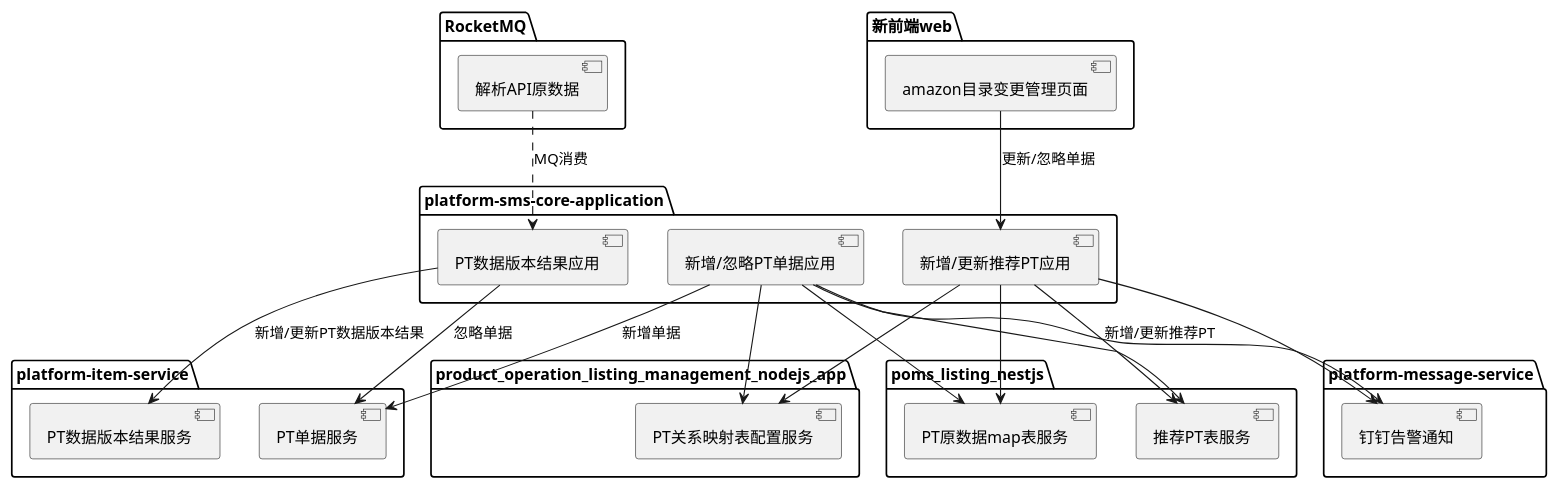
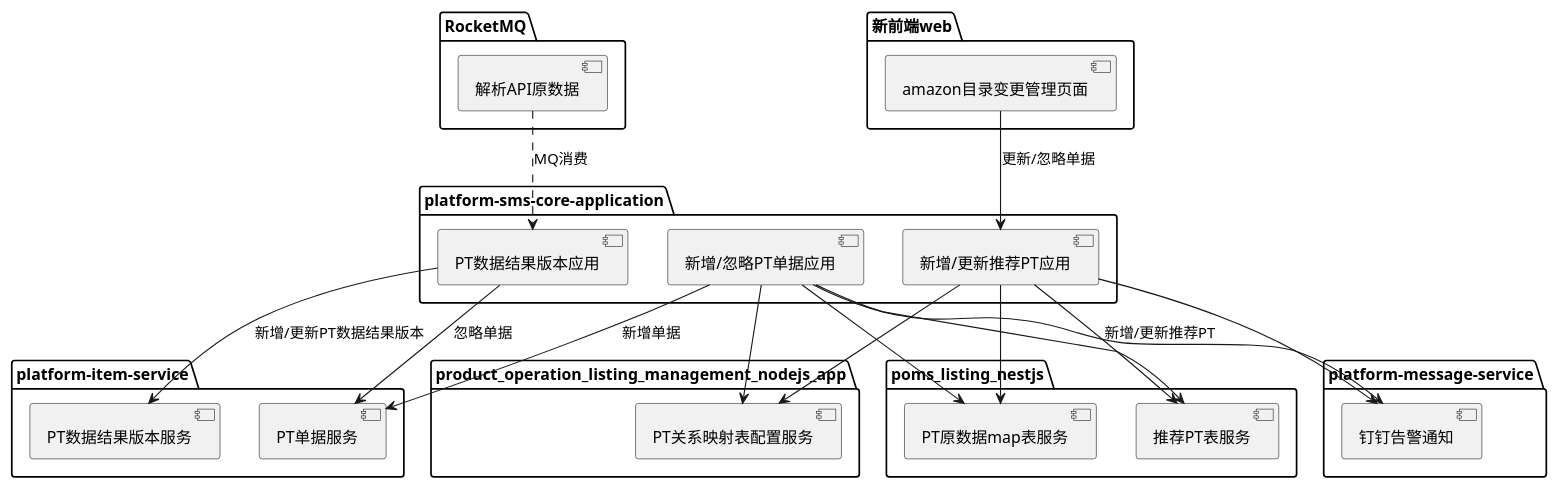
One commit to shallowdream1997/ShallowDream-LeetCode-PHP changed the diagram in uml/PT应用架构.puml. Above: the diagram before and after it, drawn with PlantUML. The commit also changed 3 other files, not shown here.

Commit message:
[+] PT uml图

```diff
--- a/uml/PT应用架构.puml
+++ b/uml/PT应用架构.puml
@@ -1,62 +1,62 @@
 @startuml
 
 
 package "RocketMQ"{
 	[解析API原数据]
 }
 
 package "platform-sms-core-application"{
-	[PT数据版本结果应用]
+	[PT数据结果版本应用]
     [新增/忽略PT单据应用]
     [新增/更新推荐PT应用]
 }
 'platform-sms-core-application
 
 package "platform-item-service"{
-	[PT数据版本结果服务]
+	[PT数据结果版本服务]
 	[PT单据服务]
 }
 
 package "product_operation_listing_management_nodejs_app"{
 	[PT关系映射表配置服务]
 }
 
 package "poms_listing_nestjs"{
 	[PT原数据map表服务]
 	[推荐PT表服务]
 }
 
 package "新前端web"{
 	[amazon目录变更管理页面]
 }
 
 package "platform-message-service"{
 	[钉钉告警通知]
 }
 
 
 
 
 
 'DataAccess - [First Component]
 '[First Component] ..> HTTP : use
 
-[解析API原数据] ..> [PT数据版本结果应用] : MQ消费
-[PT数据版本结果应用] --> [PT数据版本结果服务] : 新增/更新PT数据版本结果
-[PT数据版本结果应用] --> [PT单据服务] : 忽略单据
+[解析API原数据] ..> [PT数据结果版本应用] : MQ消费
+[PT数据结果版本应用] --> [PT数据结果版本服务] : 新增/更新PT数据结果版本
+[PT数据结果版本应用] --> [PT单据服务] : 忽略单据
 
 
 [新增/忽略PT单据应用] --> [PT原数据map表服务]
 [新增/忽略PT单据应用] --> [PT关系映射表配置服务]
 [新增/忽略PT单据应用] --> [推荐PT表服务]
 [新增/忽略PT单据应用] --> [钉钉告警通知]
 [新增/忽略PT单据应用] --> [PT单据服务] : 新增单据
 
 [amazon目录变更管理页面] --> [新增/更新推荐PT应用] : 更新/忽略单据
 
 [新增/更新推荐PT应用] --> [PT原数据map表服务]
 [新增/更新推荐PT应用] --> [PT关系映射表配置服务]
 [新增/更新推荐PT应用] --> [推荐PT表服务] : 新增/更新推荐PT
 [新增/更新推荐PT应用] --> [钉钉告警通知]
 
 @enduml
```
